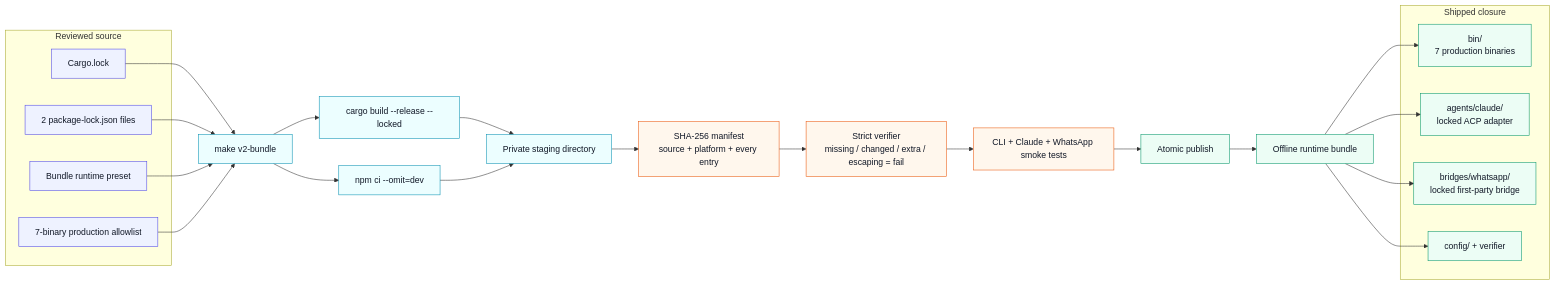
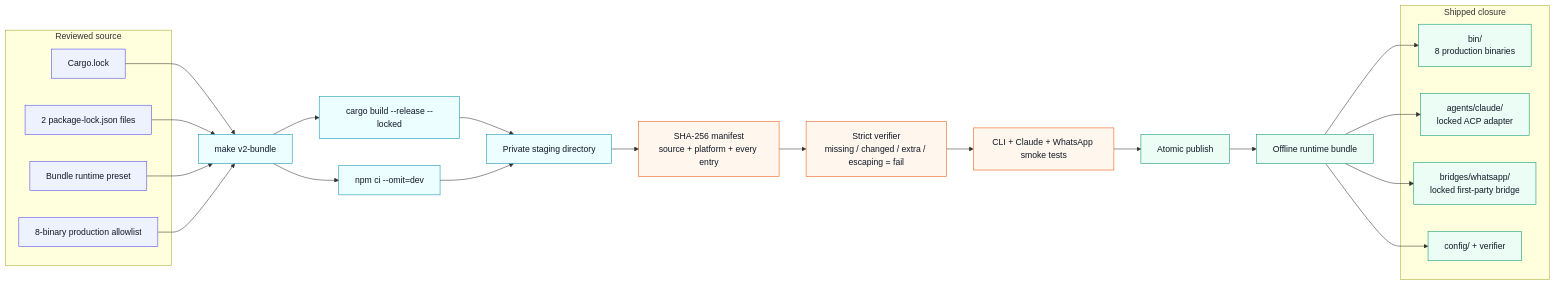
The diagram in v2/docs/runtime-bundle-flow.mmd (fontanierh/crab), drawn with Mermaid before and after one commit. The commit also changed 21 other files, not shown here.

```diff
--- a/v2/docs/runtime-bundle-flow.mmd
+++ b/v2/docs/runtime-bundle-flow.mmd
@@ -1,44 +1,44 @@
 flowchart LR
     subgraph SOURCE["Reviewed source"]
         CARGO["Cargo.lock"]
         NPM["2 package-lock.json files"]
         CONFIG["Bundle runtime preset"]
-        ALLOW["7-binary production allowlist"]
+        ALLOW["8-binary production allowlist"]
     end
 
     BUILD["make v2-bundle"]
     CARGO --> BUILD
     NPM --> BUILD
     CONFIG --> BUILD
     ALLOW --> BUILD
 
     BUILD --> RUST["cargo build --release --locked"]
     BUILD --> NODE["npm ci --omit=dev"]
     RUST --> STAGE["Private staging directory"]
     NODE --> STAGE
 
     STAGE --> MANIFEST["SHA-256 manifest\nsource + platform + every entry"]
     MANIFEST --> VERIFY["Strict verifier\nmissing / changed / extra / escaping = fail"]
     VERIFY --> SMOKE["CLI + Claude + WhatsApp smoke tests"]
     SMOKE --> ATOMIC["Atomic publish"]
 
     ATOMIC --> BUNDLE["Offline runtime bundle"]
     subgraph CONTENTS["Shipped closure"]
-        BIN["bin/\n7 production binaries"]
+        BIN["bin/\n8 production binaries"]
         AGENT["agents/claude/\nlocked ACP adapter"]
         BRIDGE["bridges/whatsapp/\nlocked first-party bridge"]
         CFG["config/ + verifier"]
     end
     BUNDLE --> BIN
     BUNDLE --> AGENT
     BUNDLE --> BRIDGE
     BUNDLE --> CFG
 
     classDef source fill:#eef2ff,stroke:#4f46e5,color:#111827;
     classDef action fill:#ecfeff,stroke:#0891b2,color:#111827;
     classDef failclosed fill:#fff7ed,stroke:#ea580c,color:#111827;
     classDef result fill:#ecfdf5,stroke:#059669,color:#111827;
     class CARGO,NPM,CONFIG,ALLOW source;
     class BUILD,RUST,NODE,STAGE action;
     class MANIFEST,VERIFY,SMOKE failclosed;
     class ATOMIC,BUNDLE,BIN,AGENT,BRIDGE,CFG result;
```
